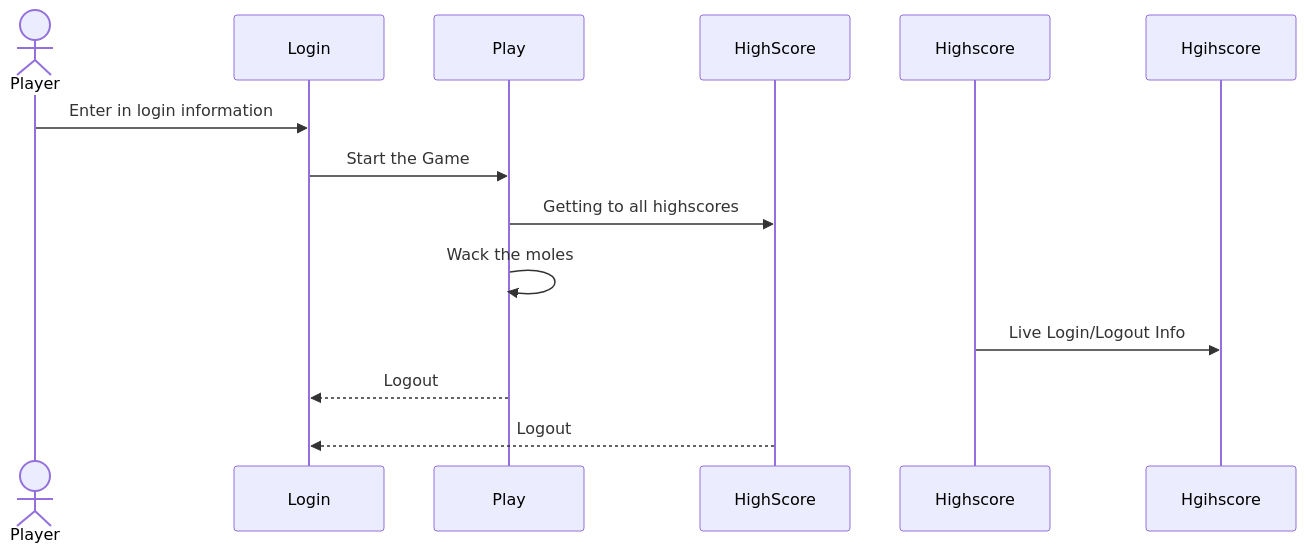
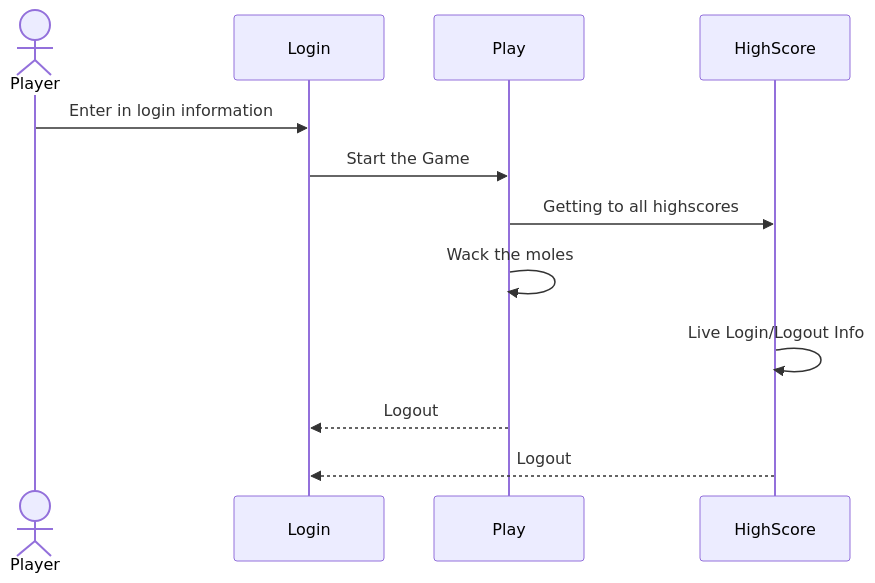
One commit to ChloeWarner03/startup changed the diagram in README.md. Above: the diagram before and after it, drawn with Mermaid.

````diff
--- a/README.md
+++ b/README.md
@@ -34,11 +34,11 @@
 ```mermaid
 sequenceDiagram
     actor Player
     Player->>Login: Enter in login information
     Login ->>Play: Start the Game
     Play ->>HighScore: Getting to all highscores
     Play ->>Play: Wack the moles
-    Highscore ->>Hgihscore: Live Login/Logout Info
+    HighScore ->>HighScore: Live Login/Logout Info
     Play -->>Login: Logout
     HighScore -->>Login: Logout
 ```
````
